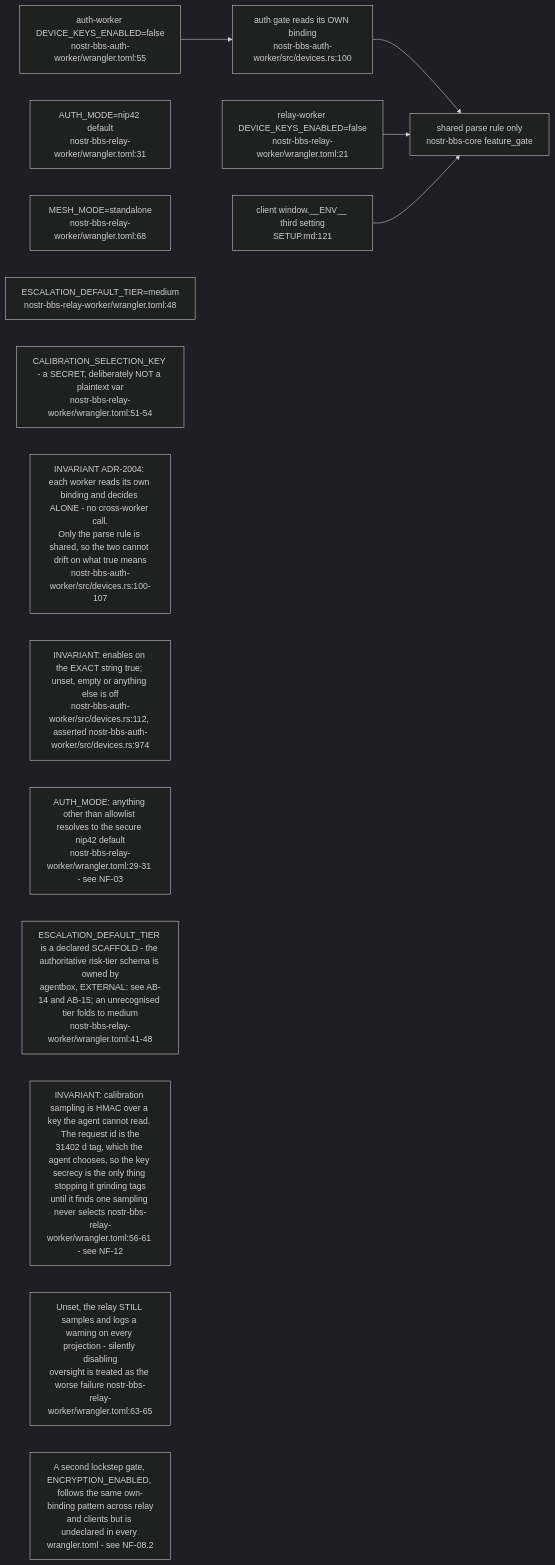
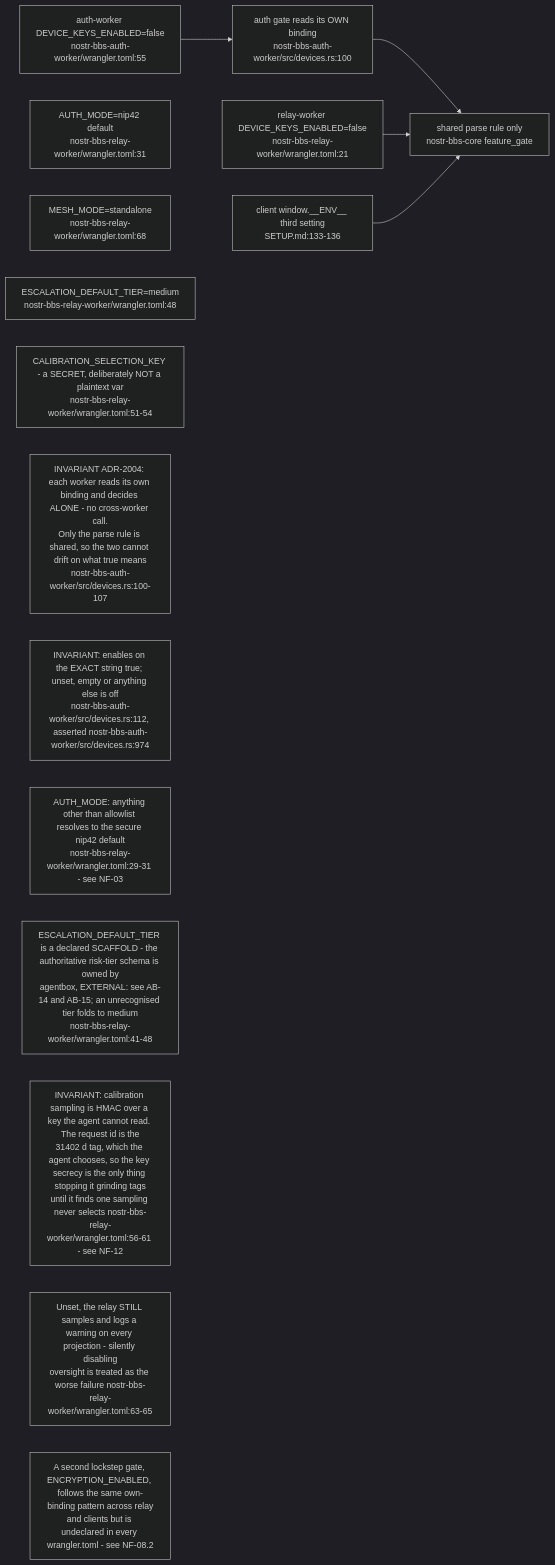
Before and after one commit to DreamLab-AI/VisionFlow: the eighth of 9 diagrams in docs/diagrams/nostr-rust-forum/08-config-zones-stores-and-admin-authority.md, drawn with Mermaid (dark theme). The commit also changed other lines of this file and 31 other files, not shown here.

````diff
--- a/docs/diagrams/nostr-rust-forum/08-config-zones-stores-and-admin-authority.md
+++ b/docs/diagrams/nostr-rust-forum/08-config-zones-stores-and-admin-authority.md
@@ -228,24 +248,24 @@
 ```mermaid
 flowchart LR
     DKA["auth-worker DEVICE_KEYS_ENABLED=false<br/>nostr-bbs-auth-worker/wrangler.toml:55"]
     DKR["relay-worker DEVICE_KEYS_ENABLED=false<br/>nostr-bbs-relay-worker/wrangler.toml:21"]
-    DKC["client window.__ENV__ third setting<br/>SETUP.md:121"]
+    DKC["client window.__ENV__ third setting<br/>SETUP.md:133-136"]
     GATEFN["auth gate reads its OWN binding<br/>nostr-bbs-auth-worker/src/devices.rs:100"]
     SHARED["shared parse rule only<br/>nostr-bbs-core feature_gate"]
     AM["AUTH_MODE=nip42 default<br/>nostr-bbs-relay-worker/wrangler.toml:31"]
     MESH["MESH_MODE=standalone<br/>nostr-bbs-relay-worker/wrangler.toml:68"]
     ESC["ESCALATION_DEFAULT_TIER=medium<br/>nostr-bbs-relay-worker/wrangler.toml:48"]
     CAL["CALIBRATION_SELECTION_KEY - a SECRET, deliberately NOT a plaintext var<br/>nostr-bbs-relay-worker/wrangler.toml:51-54"]
 
     DKA --> GATEFN --> SHARED
     DKR --> SHARED
     DKC --> SHARED
 
     N1["INVARIANT ADR-2004: each worker reads its own binding and decides ALONE - no cross-worker call.<br/>Only the parse rule is shared, so the two cannot drift on what true means<br/>nostr-bbs-auth-worker/src/devices.rs:100-107"]
     N2["INVARIANT: enables on the EXACT string true; unset, empty or anything else is off<br/>nostr-bbs-auth-worker/src/devices.rs:112, asserted nostr-bbs-auth-worker/src/devices.rs:974"]
     N3["AUTH_MODE: anything other than allowlist resolves to the secure nip42 default<br/>nostr-bbs-relay-worker/wrangler.toml:29-31 - see NF-03"]
     N4["ESCALATION_DEFAULT_TIER is a declared SCAFFOLD - the authoritative risk-tier schema is owned by<br/>agentbox, EXTERNAL: see AB-14 and AB-15; an unrecognised tier folds to medium<br/>nostr-bbs-relay-worker/wrangler.toml:41-48"]
     N5["INVARIANT: calibration sampling is HMAC over a key the agent cannot read. The request id is the<br/>31402 d tag, which the agent chooses, so the key secrecy is the only thing stopping it grinding tags<br/>until it finds one sampling never selects nostr-bbs-relay-worker/wrangler.toml:56-61 - see NF-12"]
     N6["Unset, the relay STILL samples and logs a warning on every projection - silently disabling<br/>oversight is treated as the worse failure nostr-bbs-relay-worker/wrangler.toml:63-65"]
     N7["A second lockstep gate, ENCRYPTION_ENABLED, follows the same own-binding pattern across relay<br/>and clients but is undeclared in every wrangler.toml - see NF-08.2"]
 ```
````
